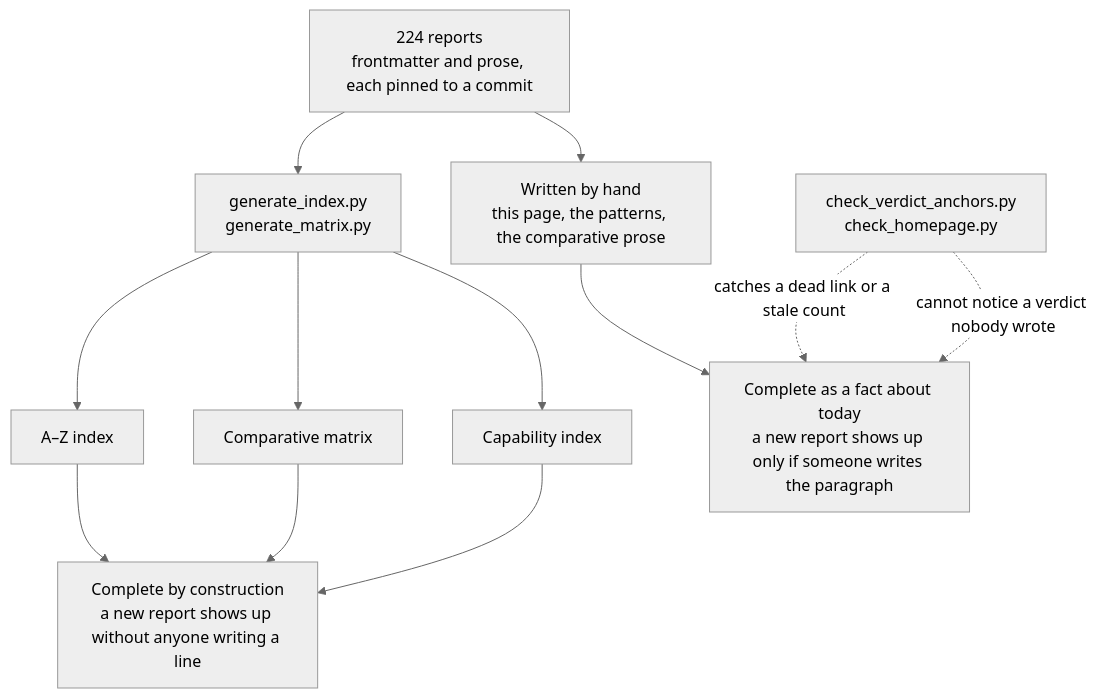
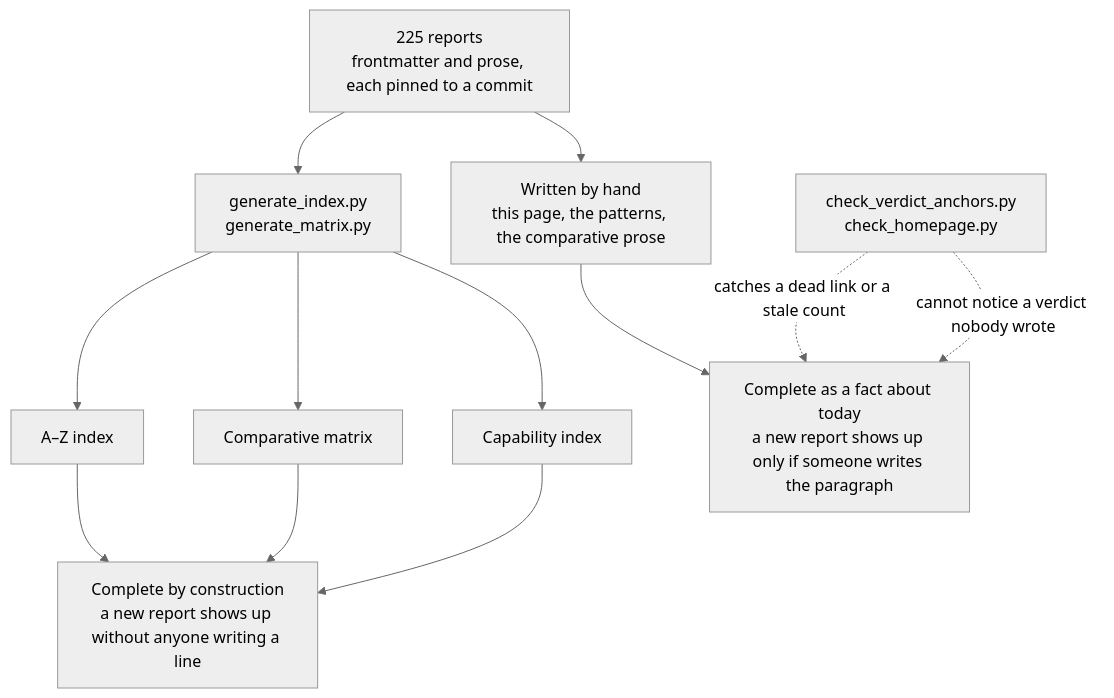
The diagram in content/verdicts.md (neoneye/agent-memory-atlas), drawn with Mermaid (neutral theme) before and after one commit. The commit also changed other lines of this file and 19 other files, not shown here.

````diff
--- a/content/verdicts.md
+++ b/content/verdicts.md
@@ -40,15 +40,15 @@
 ```mermaid
 flowchart TD
-    R["224 reports<br/>frontmatter and prose, each pinned to a commit"]
+    R["225 reports<br/>frontmatter and prose, each pinned to a commit"]
     R --> GEN["generate_index.py<br/>generate_matrix.py"]
     R --> HAND["Written by hand<br/>this page, the patterns, the comparative prose"]
     GEN --> AZ["A–Z index"]
     GEN --> MX["Comparative matrix"]
     GEN --> CI["Capability index"]
     AZ --> CONST["Complete by construction<br/>a new report shows up without anyone writing a line"]
     MX --> CONST
     CI --> CONST
     HAND --> TODAY["Complete as a fact about today<br/>a new report shows up only if someone writes the paragraph"]
     CHK["check_verdict_anchors.py<br/>check_homepage.py"] -.->|"catches a dead link or a stale count"| TODAY
     CHK -.->|"cannot notice a verdict nobody wrote"| TODAY
 ```
````
